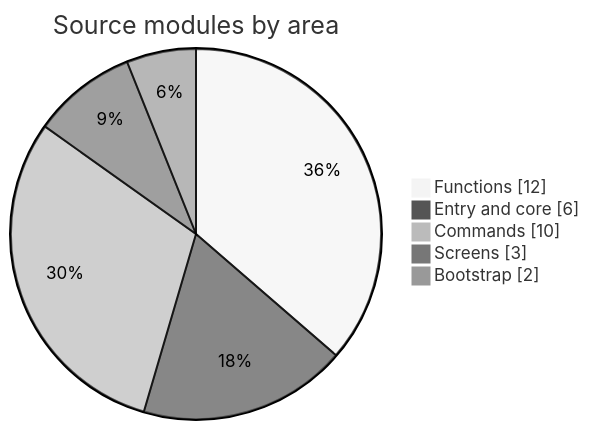
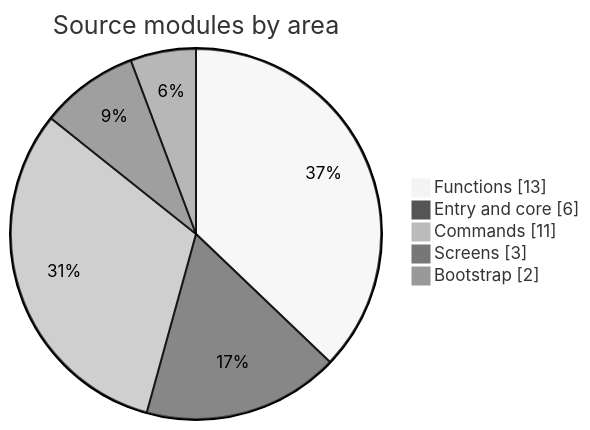
One commit to Armoghans-Organization/Omarchy-Tweaker changed the third of 3 diagrams in docs/architecture.md. Above: the diagram before and after it, drawn with Mermaid (neutral theme). The commit also changed other lines of this file and 27 other files, not shown here.

````diff
--- a/docs/architecture.md
+++ b/docs/architecture.md
@@ -141,9 +146,9 @@
 ```mermaid
 pie showData
     title Source modules by area
-    "Functions" : 12
+    "Functions" : 13
     "Entry and core" : 6
-    "Commands" : 10
+    "Commands" : 11
     "Screens" : 3
     "Bootstrap" : 2
 ```
````
